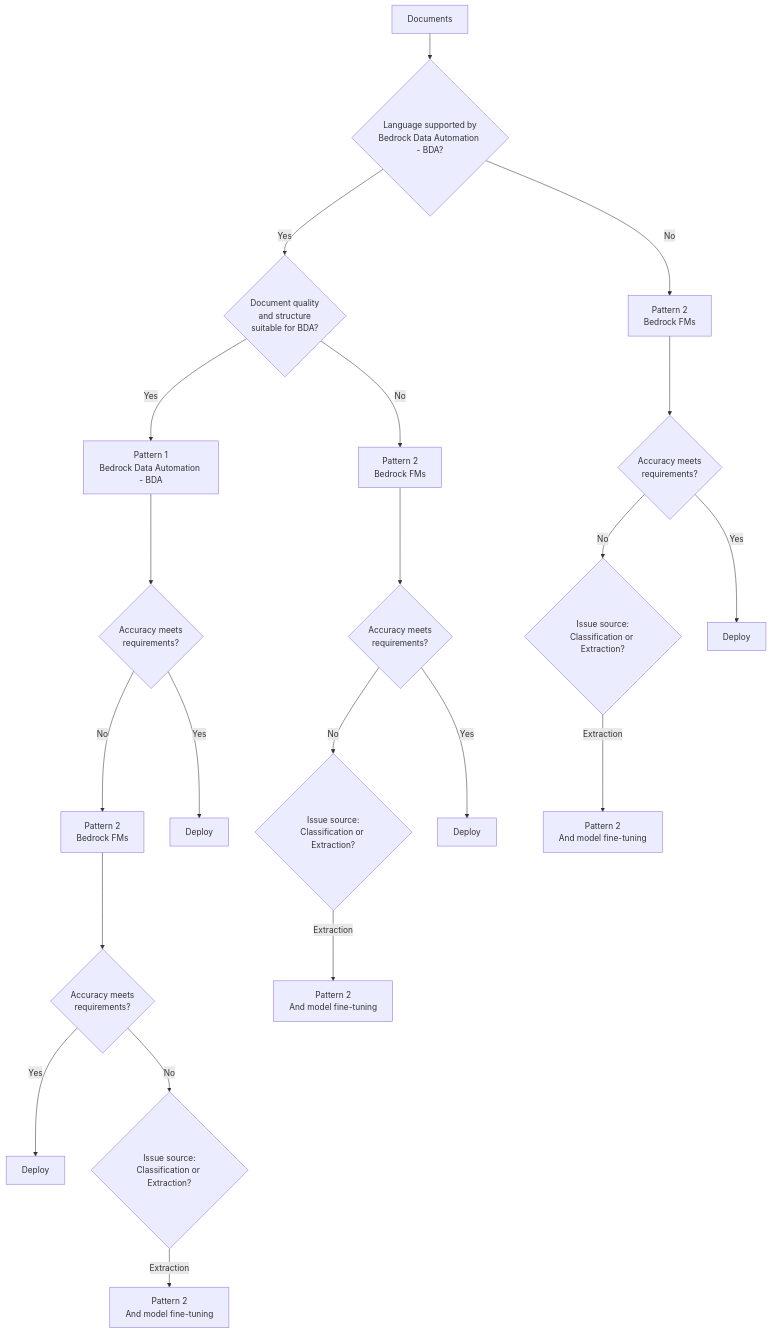
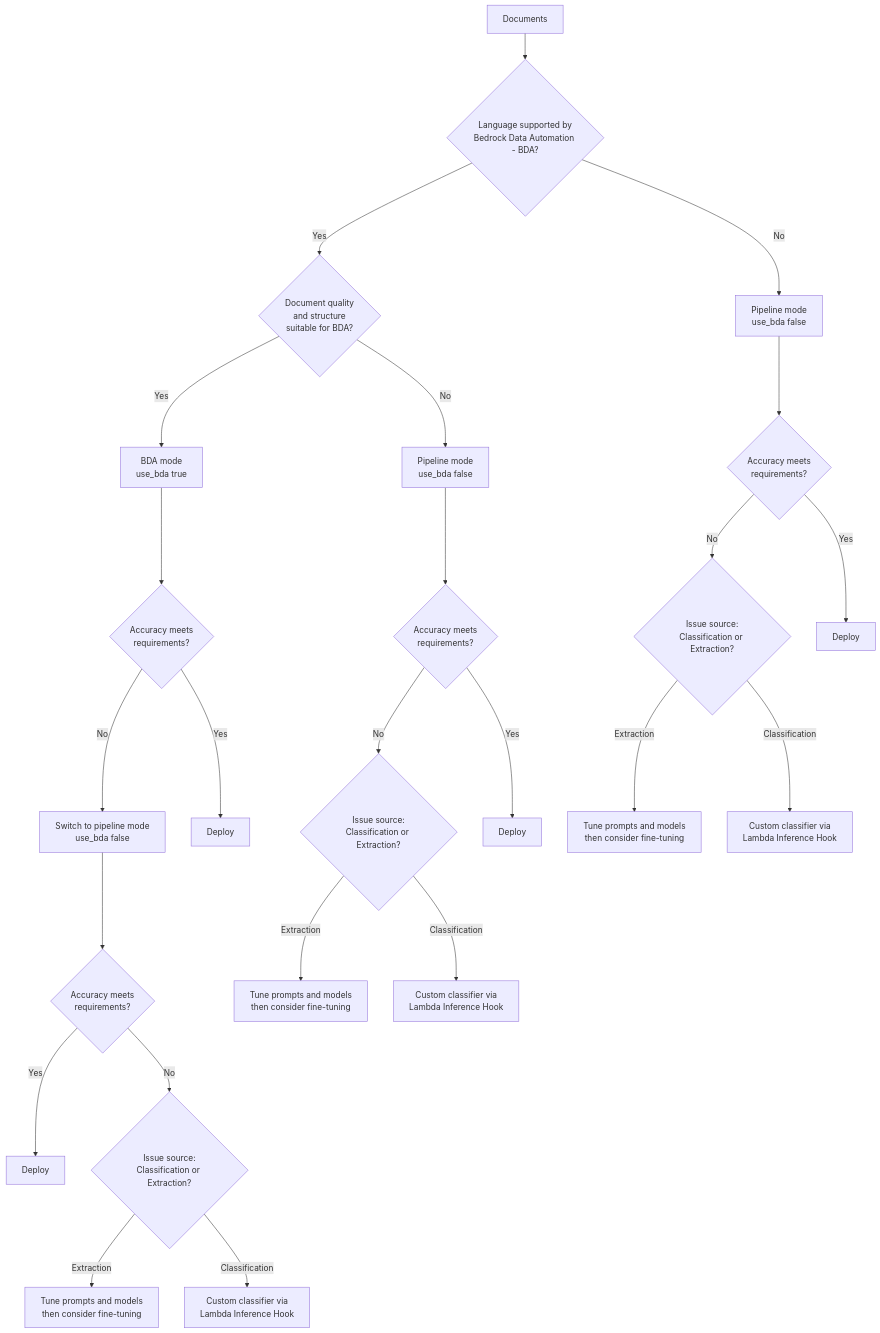
Before and after one commit to aws-solutions-library-samples/accelerated-intelligent-document-processing-on-aws: the first of 2 diagrams in docs/languages.md, drawn with Mermaid. The commit also changed other lines of this file and 72 other files, not shown here.

````diff
--- a/docs/languages.md
+++ b/docs/languages.md
@@ -16,30 +20,34 @@
 ```mermaid
 flowchart TD
     Start[Documents] --> Q1{Language supported by<br/>Bedrock Data Automation - BDA?}
   
     Q1 -->|Yes| BDACheck{Document quality<br/>and structure<br/>suitable for BDA?}
-    Q1 -->|No| Pattern2Direct[Pattern 2<br/>Bedrock FMs]
+    Q1 -->|No| PipelineDirect[Pipeline mode<br/>use_bda false]
   
-    BDACheck -->|Yes| Pattern1[Pattern 1<br/>Bedrock Data Automation - BDA]
-    BDACheck -->|No| Pattern2Alt1[Pattern 2<br/>Bedrock FMs]
+    BDACheck -->|Yes| BDAMode[BDA mode<br/>use_bda true]
+    BDACheck -->|No| PipelineAlt[Pipeline mode<br/>use_bda false]
   
-    Pattern1 --> Accuracy1{Accuracy meets<br/>requirements?}
-    Pattern2Direct --> Accuracy2{Accuracy meets<br/>requirements?}
-    Pattern2Alt1 --> Accuracy3{Accuracy meets<br/>requirements?}
+    BDAMode --> Accuracy1{Accuracy meets<br/>requirements?}
+    PipelineDirect --> Accuracy2{Accuracy meets<br/>requirements?}
+    PipelineAlt --> Accuracy3{Accuracy meets<br/>requirements?}
   
-    Accuracy1 -->|No| Pattern2Fallback[Pattern 2<br/>Bedrock FMs]
+    Accuracy1 -->|No| PipelineFallback[Switch to pipeline mode<br/>use_bda false]
     Accuracy1 -->|Yes| Deploy1[Deploy]
   
     Accuracy2 -->|No| OptimizePath2{Issue source:<br/>Classification or Extraction?}
     Accuracy2 -->|Yes| Deploy2[Deploy]
   
     Accuracy3 -->|No| OptimizePath3{Issue source:<br/>Classification or Extraction?}
     Accuracy3 -->|Yes| Deploy3[Deploy]
-    OptimizePath2 -->|Extraction| FineTuning2[Pattern 2<br/>And model fine-tuning]
-    OptimizePath3 -->|Extraction| FineTuning3[Pattern 2<br/>And model fine-tuning]
+
+    OptimizePath2 -->|Extraction| Tune2[Tune prompts and models<br/>then consider fine-tuning]
+    OptimizePath3 -->|Extraction| Tune3[Tune prompts and models<br/>then consider fine-tuning]
+    OptimizePath2 -->|Classification| Hook2[Custom classifier via<br/>Lambda Inference Hook]
+    OptimizePath3 -->|Classification| Hook3[Custom classifier via<br/>Lambda Inference Hook]
   
-    Pattern2Fallback --> Accuracy4{Accuracy meets<br/>requirements?}
+    PipelineFallback --> Accuracy4{Accuracy meets<br/>requirements?}
     Accuracy4 -->|Yes| Deploy4[Deploy]
     Accuracy4 -->|No| OptimizePath4{Issue source:<br/>Classification or Extraction?}
-    OptimizePath4 -->|Extraction| FineTuning4[Pattern 2<br/>And model fine-tuning]
+    OptimizePath4 -->|Extraction| Tune4[Tune prompts and models<br/>then consider fine-tuning]
+    OptimizePath4 -->|Classification| Hook4[Custom classifier via<br/>Lambda Inference Hook]
 ```
````
